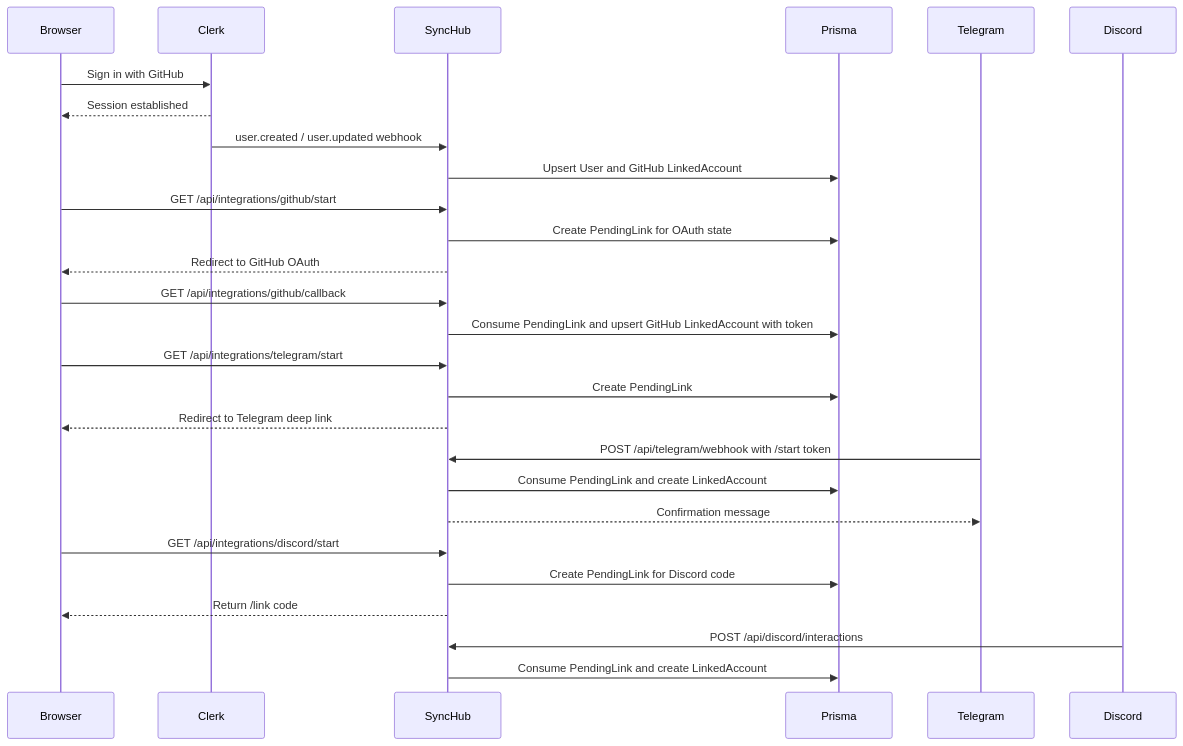
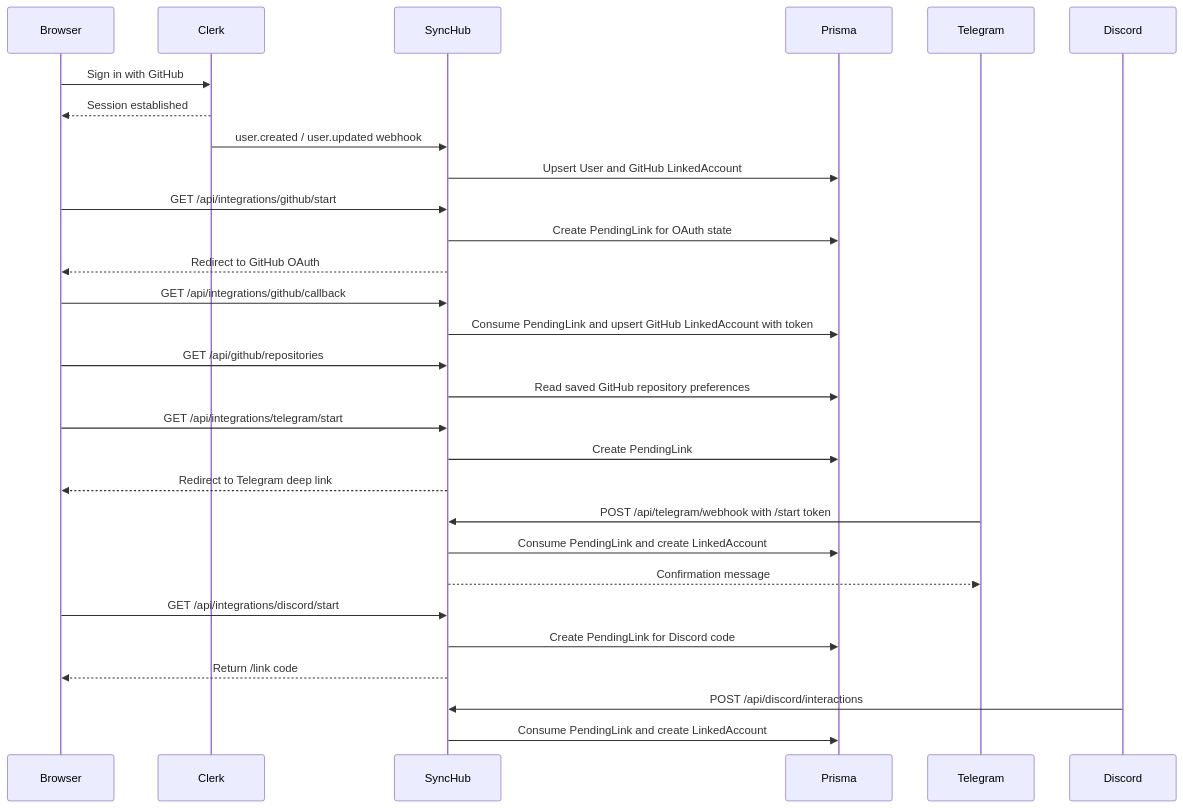
One commit to beefysalad/synchub changed the second of 2 diagrams in docs/architecture.md. Above: the diagram before and after it, drawn with Mermaid. The commit also changed other lines of this file and 19 other files, not shown here.

Commit message:
feat: implement GitHub repository management, issue creation, and user preference synchronization

````diff
--- a/docs/architecture.md
+++ b/docs/architecture.md
@@ -145,29 +153,31 @@
 ```mermaid
 sequenceDiagram
     participant Browser
     participant Clerk
     participant SyncHub
     participant Prisma
     participant Telegram
 
     Browser->>Clerk: Sign in with GitHub
     Clerk-->>Browser: Session established
     Clerk->>SyncHub: user.created / user.updated webhook
     SyncHub->>Prisma: Upsert User and GitHub LinkedAccount
     Browser->>SyncHub: GET /api/integrations/github/start
     SyncHub->>Prisma: Create PendingLink for OAuth state
     SyncHub-->>Browser: Redirect to GitHub OAuth
     Browser->>SyncHub: GET /api/integrations/github/callback
     SyncHub->>Prisma: Consume PendingLink and upsert GitHub LinkedAccount with token
+    Browser->>SyncHub: GET /api/github/repositories
+    SyncHub->>Prisma: Read saved GitHub repository preferences
     Browser->>SyncHub: GET /api/integrations/telegram/start
     SyncHub->>Prisma: Create PendingLink
     SyncHub-->>Browser: Redirect to Telegram deep link
     Telegram->>SyncHub: POST /api/telegram/webhook with /start token
     SyncHub->>Prisma: Consume PendingLink and create LinkedAccount
     SyncHub-->>Telegram: Confirmation message
     Browser->>SyncHub: GET /api/integrations/discord/start
     SyncHub->>Prisma: Create PendingLink for Discord code
     SyncHub-->>Browser: Return /link code
     Discord->>SyncHub: POST /api/discord/interactions
     SyncHub->>Prisma: Consume PendingLink and create LinkedAccount
 ```
````
